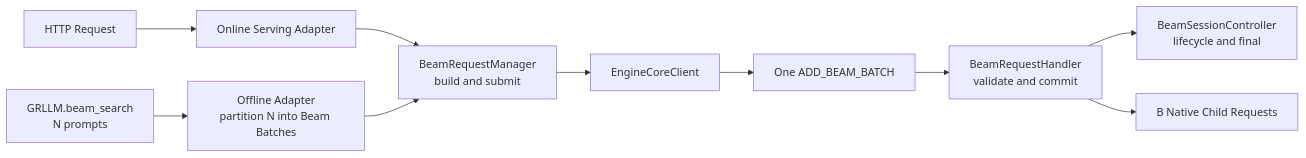
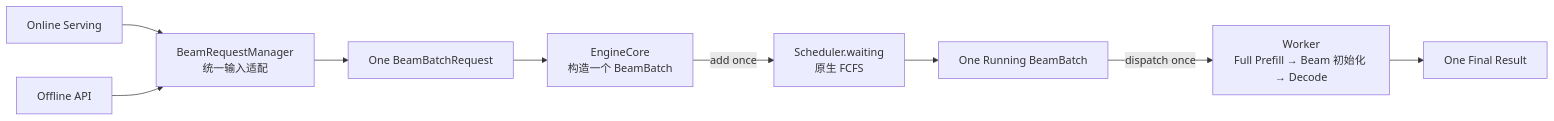
Before and after one commit to zhanghanleo10/gr-related: the first of 10 diagrams in vllm-GR/serving_to_enginecore_batch_beam_entry_design.md, drawn with Mermaid. The commit also changed other lines of this file, not shown here.

Commit message:
docs: simplify Beam Batch EngineCore entry

````diff
--- a/vllm-GR/serving_to_enginecore_batch_beam_entry_design.md
+++ b/vllm-GR/serving_to_enginecore_batch_beam_entry_design.md
@@ -18,23 +16,21 @@
 ```mermaid
 flowchart LR
-    HTTP[HTTP Request]
-    OFFCALL[GRLLM.beam_search<br/>N prompts]
-    SERVING[Online Serving Adapter]
-    OFFLINE[Offline Adapter<br/>partition N into Beam Batches]
-    API[BeamRequestManager<br/>build and submit]
-    CLIENT[EngineCoreClient]
-    WIRE[One ADD_BEAM_BATCH]
-    HANDLER[BeamRequestHandler<br/>validate and commit]
-    SESSION[BeamSessionController<br/>lifecycle and final]
-    CHILD[B Native Child Requests]
+    ONLINE[Online Serving]
+    OFFLINE[Offline API]
+    ADAPTER[BeamRequestManager<br/>统一输入适配]
+    WIRE[One BeamBatchRequest]
+    CORE[EngineCore<br/>构造一个 BeamBatch]
+    WAITING[Scheduler.waiting<br/>原生 FCFS]
+    RUNNING[One Running BeamBatch]
+    WORKER[Worker<br/>Full Prefill → Beam 初始化 → Decode]
+    FINAL[One Final Result]
 
-    HTTP --> SERVING
-    OFFCALL --> OFFLINE
-    SERVING --> API
-    OFFLINE --> API
-    API --> CLIENT
-    CLIENT --> WIRE
-    WIRE --> HANDLER
-    HANDLER --> SESSION
-    HANDLER --> CHILD
+    ONLINE --> ADAPTER
+    OFFLINE --> ADAPTER
+    ADAPTER --> WIRE
+    WIRE --> CORE
+    CORE -->|add once| WAITING
+    WAITING --> RUNNING
+    RUNNING -->|dispatch once| WORKER
+    WORKER --> FINAL
 ```
````
